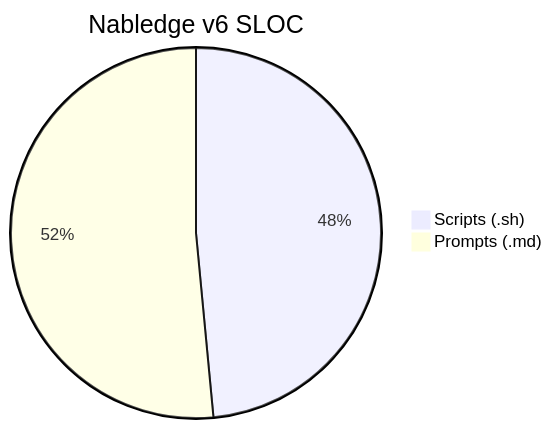
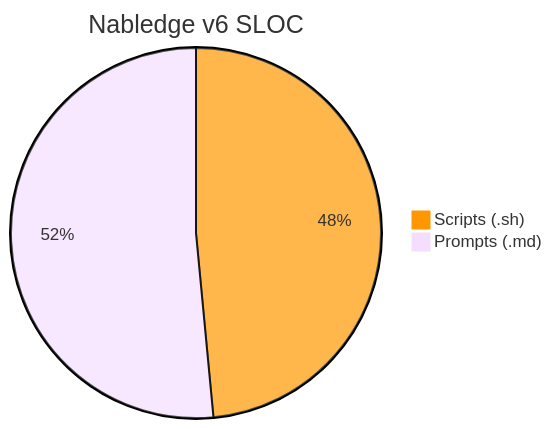
Before and after one commit to nablarch/nabledge-dev: the ninth of 14 diagrams in docs/metrics.md, drawn with Mermaid. The commit also changed other lines of this file, not shown here.

Commit message:
chore: regenerate metrics with consistent Prompts (.md) color

````diff
--- a/docs/metrics.md
+++ b/docs/metrics.md
@@ -129,5 +129,6 @@
 ```mermaid
+%%{init: {'theme': 'base', 'themeVariables': {'pie1': '#FF9800'}}}%%
 pie title Nabledge v6 SLOC
   "Scripts (.sh)" : 951
   "Prompts (.md)" : 1010
 ```
````
